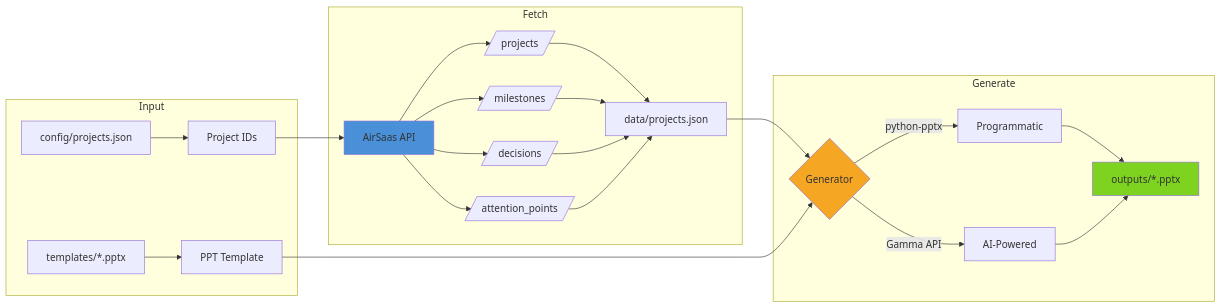
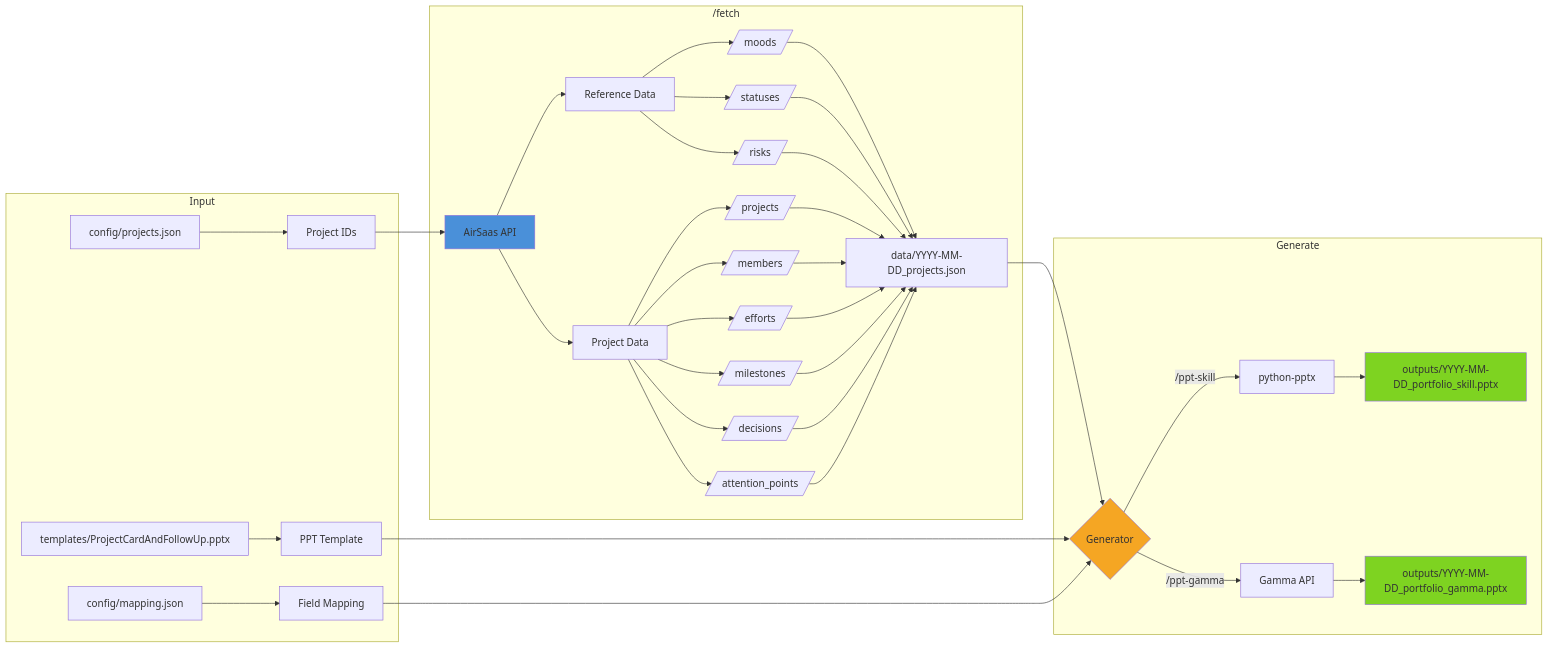
The first of 2 diagrams in README.md (AirSaas/flash-report-custom-airsaas-poc), drawn with Mermaid before and after one commit. The commit also changed other lines of this file and 1 other file, not shown here.

````diff
--- a/README.md
+++ b/README.md
@@ -7,28 +7,39 @@
 ```mermaid
 flowchart LR
     subgraph Input
         A[config/projects.json] --> B[Project IDs]
-        C[templates/*.pptx] --> D[PPT Template]
+        C[templates/ProjectCardAndFollowUp.pptx] --> D[PPT Template]
+        E[config/mapping.json] --> F[Field Mapping]
     end
 
-    subgraph Fetch
-        B --> E[AirSaas API]
-        E --> F[/projects/]
-        E --> G[/milestones/]
-        E --> H[/decisions/]
-        E --> I[/attention_points/]
-        F & G & H & I --> J[data/projects.json]
+    subgraph Fetch["/fetch"]
+        B --> G[AirSaas API]
+        G --> H[Reference Data]
+        H --> H1[/moods/]
+        H --> H2[/statuses/]
+        H --> H3[/risks/]
+        G --> I[Project Data]
+        I --> I1[/projects/]
+        I --> I2[/members/]
+        I --> I3[/efforts/]
+        I --> I4[/milestones/]
+        I --> I5[/decisions/]
+        I --> I6[/attention_points/]
+        H1 & H2 & H3 & I1 & I2 & I3 & I4 & I5 & I6 --> J[data/YYYY-MM-DD_projects.json]
     end
 
     subgraph Generate
         J --> K{Generator}
         D --> K
-        K -->|python-pptx| L[Programmatic]
-        K -->|Gamma API| M[AI-Powered]
-        L & M --> N[outputs/*.pptx]
+        F --> K
+        K -->|/ppt-skill| L[python-pptx]
+        K -->|/ppt-gamma| M[Gamma API]
+        L --> N[outputs/YYYY-MM-DD_portfolio_skill.pptx]
+        M --> O[outputs/YYYY-MM-DD_portfolio_gamma.pptx]
     end
 
-    style E fill:#4A90D9
+    style G fill:#4A90D9
     style K fill:#F5A623
     style N fill:#7ED321
+    style O fill:#7ED321
 ```
````
